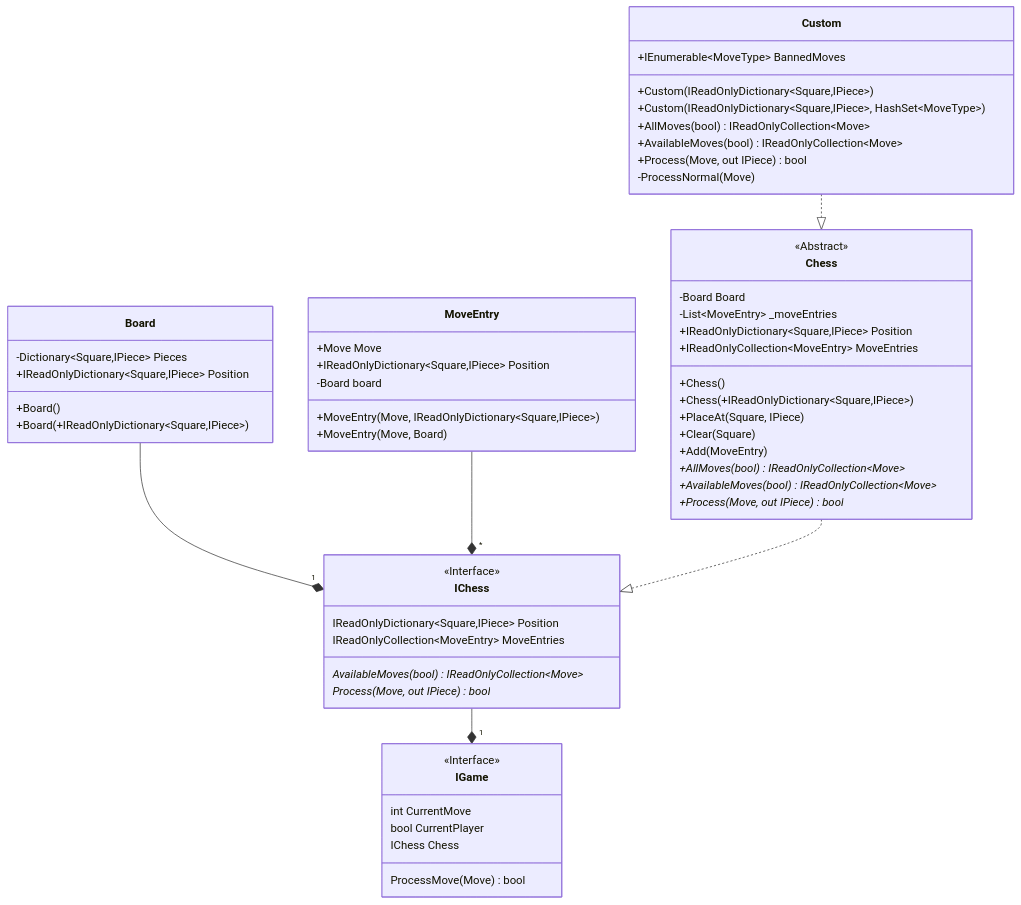
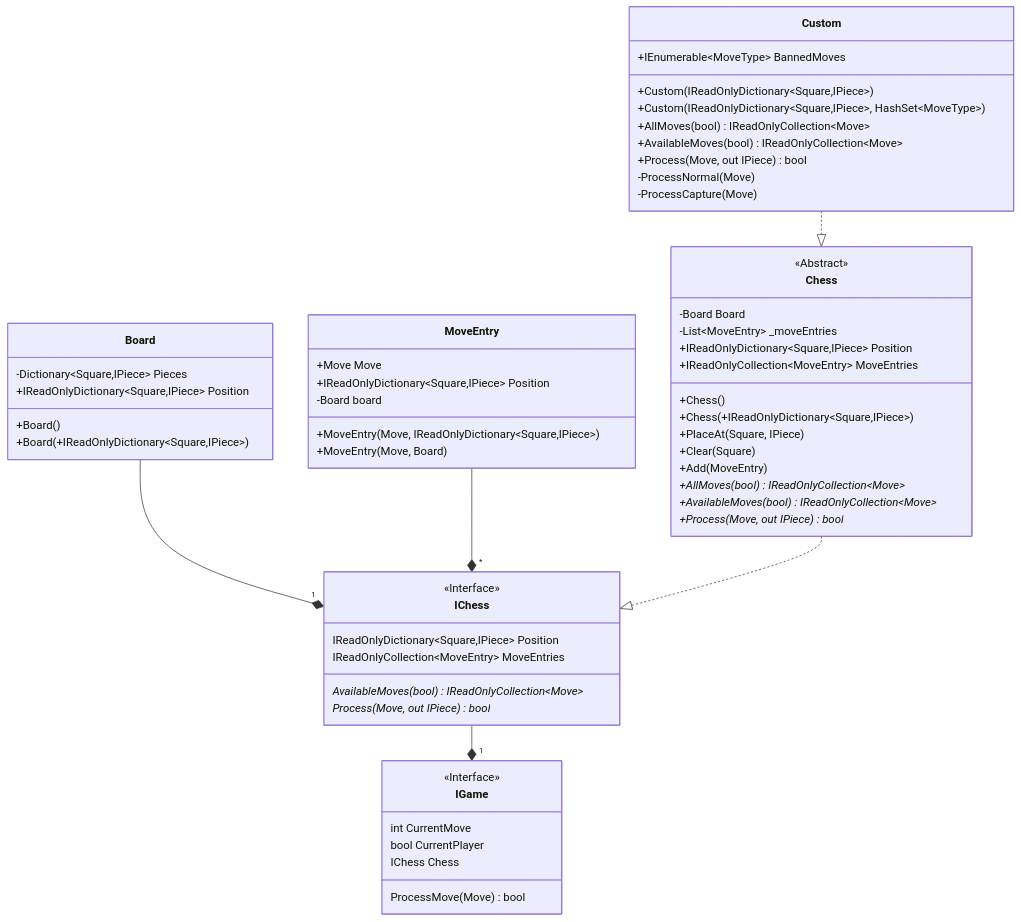
One commit to JeanLColombo/Mate changed the diagram in UML Diagram/Core/Game.md. Above: the diagram before and after it, drawn with Mermaid. The commit also changed 3 other files, not shown here.

Commit message:
Implemented Custom.ProcessCapture

````diff
--- a/UML Diagram/Core/Game.md
+++ b/UML Diagram/Core/Game.md
@@ -1,59 +1,60 @@
 ```mermaid
     classDiagram
     class IChess{
         <<Interface>>
         IReadOnlyDictionary~Square,IPiece~ Position
         IReadOnlyCollection~MoveEntry~ MoveEntries
         AvailableMoves(bool)* IReadOnlyCollection~Move~
         Process(Move, out IPiece)* bool
     }
     class IGame{
         <<Interface>>
         int CurrentMove
         bool CurrentPlayer
         IChess Chess
         ProcessMove(Move) bool
     }
     class Chess{
         <<Abstract>>
         -Board Board
         -List~MoveEntry~ _moveEntries
         +IReadOnlyDictionary~Square,IPiece~ Position
         +IReadOnlyCollection~MoveEntry~ MoveEntries
         +Chess()
         +Chess(+IReadOnlyDictionary~Square,IPiece~)
         +PlaceAt(Square, IPiece) 
         +Clear(Square)
         +Add(MoveEntry) 
         +AllMoves(bool)* IReadOnlyCollection~Move~
         +AvailableMoves(bool)* IReadOnlyCollection~Move~
         +Process(Move, out IPiece)* bool
     }
     class Board{
         -Dictionary~Square,IPiece~ Pieces
         +IReadOnlyDictionary~Square,IPiece~ Position 
         +Board()
         +Board(+IReadOnlyDictionary~Square,IPiece~)
     }
     class MoveEntry{
         +Move Move
         +IReadOnlyDictionary~Square,IPiece~ Position
         -Board board
         +MoveEntry(Move, IReadOnlyDictionary~Square,IPiece~)
         +MoveEntry(Move, Board)
     }
     class Custom{
         +IEnumerable~MoveType~ BannedMoves
         +Custom(IReadOnlyDictionary~Square,IPiece~)
         +Custom(IReadOnlyDictionary~Square,IPiece~, HashSet~MoveType~)
         +AllMoves(bool) IReadOnlyCollection~Move~
         +AvailableMoves(bool) IReadOnlyCollection~Move~
         +Process(Move, out IPiece) bool
         -ProcessNormal(Move)
+        -ProcessCapture(Move)
     }
     Board --* "1" IChess
     MoveEntry --* "*" IChess
     Chess ..|> IChess
     IChess --* "1" IGame
     Custom ..|> Chess
 ```
````
